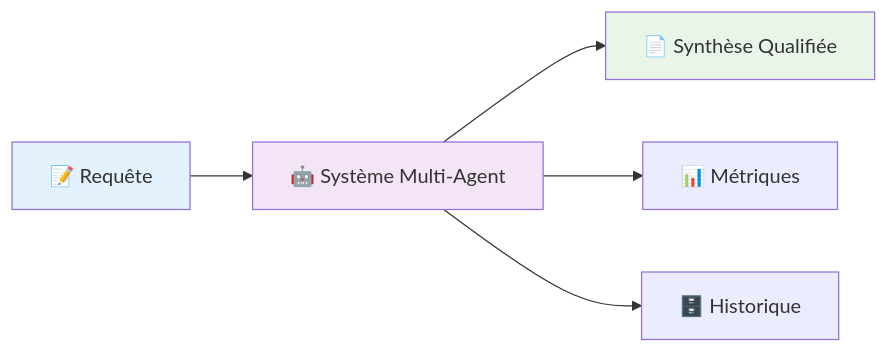
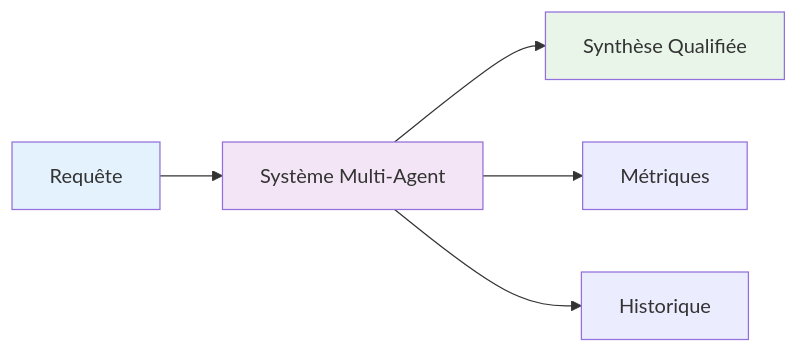
The first of 6 diagrams in README.md (Abdelilah04116/AutoResearchFlow), drawn with Mermaid before and after one commit. The commit also changed other lines of this file, not shown here.

````diff
--- a/README.md
+++ b/README.md
@@ -50,10 +50,10 @@
 ```mermaid
 graph LR
-    A[📝 Requête] --> B[🤖 Système Multi-Agent] --> C[📄 Synthèse Qualifiée]
-    B --> D[📊 Métriques] 
-    B --> E[🗄️ Historique]
+    A[ Requête] --> B[ Système Multi-Agent] --> C[ Synthèse Qualifiée]
+    B --> D[ Métriques] 
+    B --> E[ Historique]
     
     style A fill:#e3f2fd
     style B fill:#f3e5f5
     style C fill:#e8f5e8
 ```
````
